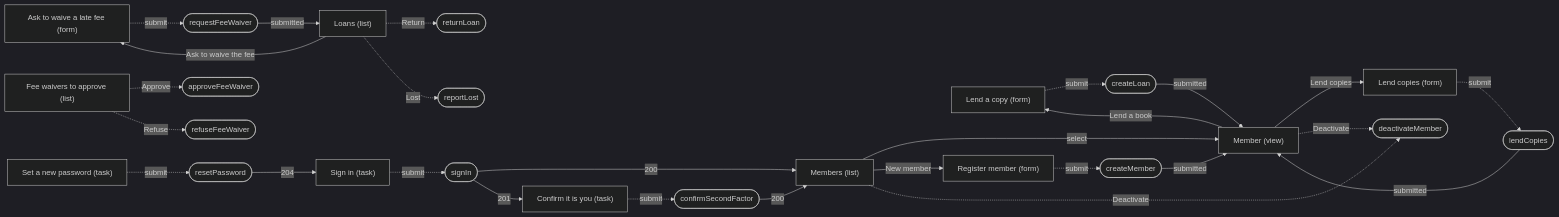
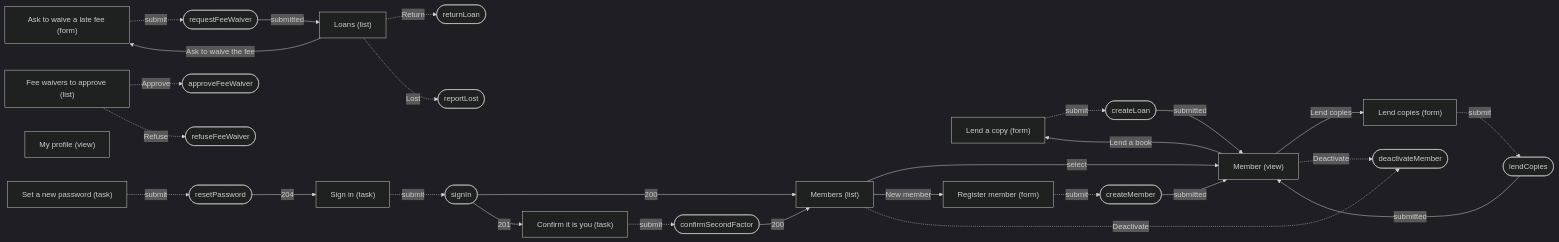
Diagram 29 of 30 in examples/library-lending/docs/techspec.md (SpecArch/specarch), drawn with Mermaid (dark theme) before and after one commit. The commit also changed other lines of this file and 467 other files, not shown here.

````diff
--- a/examples/library-lending/docs/techspec.md
+++ b/examples/library-lending/docs/techspec.md
@@ -1607,52 +1638,53 @@
 ```mermaid
 flowchart LR
   fee_waiver_form["Ask to waive a late fee (form)"]
   fee_waivers_inbox["Fee waivers to approve (list)"]
   loan_form["Lend a copy (form)"]
   loans_list["Loans (list)"]
   member_form["Register member (form)"]
   member_loans["Lend copies (form)"]
   member_view["Member (view)"]
   members_list["Members (list)"]
+  profile["My profile (view)"]
   reset_password["Set a new password (task)"]
   second_factor["Confirm it is you (task)"]
   sign_in["Sign in (task)"]
   op_requestFeeWaiver(["requestFeeWaiver"])
   fee_waiver_form -.->|"submit"| op_requestFeeWaiver
   op_requestFeeWaiver -->|"submitted"| loans_list
   op_approveFeeWaiver(["approveFeeWaiver"])
   fee_waivers_inbox -.->|"Approve"| op_approveFeeWaiver
   op_refuseFeeWaiver(["refuseFeeWaiver"])
   fee_waivers_inbox -.->|"Refuse"| op_refuseFeeWaiver
   op_createLoan(["createLoan"])
   loan_form -.->|"submit"| op_createLoan
   op_createLoan -->|"submitted"| member_view
   op_returnLoan(["returnLoan"])
   loans_list -.->|"Return"| op_returnLoan
   op_reportLost(["reportLost"])
   loans_list -.->|"Lost"| op_reportLost
   loans_list -->|"Ask to waive the fee"| fee_waiver_form
   op_createMember(["createMember"])
   member_form -.->|"submit"| op_createMember
   op_createMember -->|"submitted"| member_view
   op_lendCopies(["lendCopies"])
   member_loans -.->|"submit"| op_lendCopies
   op_lendCopies -->|"submitted"| member_view
   member_view -->|"Lend a book"| loan_form
   member_view -->|"Lend copies"| member_loans
   op_deactivateMember(["deactivateMember"])
   member_view -.->|"Deactivate"| op_deactivateMember
   members_list -->|"select"| member_view
   members_list -->|"New member"| member_form
   members_list -.->|"Deactivate"| op_deactivateMember
   op_resetPassword(["resetPassword"])
   reset_password -.->|"submit"| op_resetPassword
   op_resetPassword -->|"204"| sign_in
   op_confirmSecondFactor(["confirmSecondFactor"])
   second_factor -.->|"submit"| op_confirmSecondFactor
   op_confirmSecondFactor -->|"200"| members_list
   op_signIn(["signIn"])
   sign_in -.->|"submit"| op_signIn
   op_signIn -->|"200"| members_list
   op_signIn -->|"201"| second_factor
 ```
````
